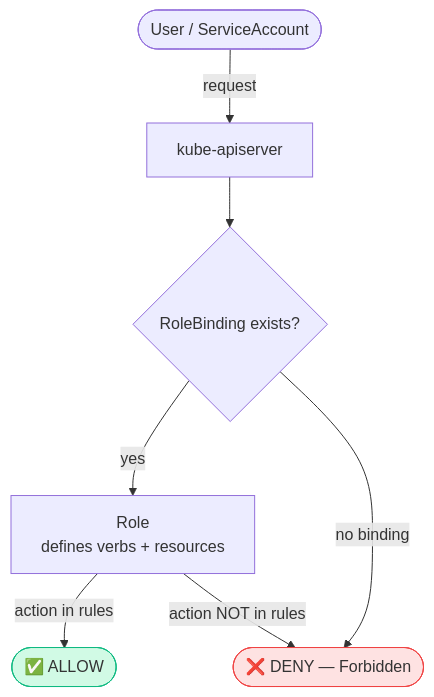
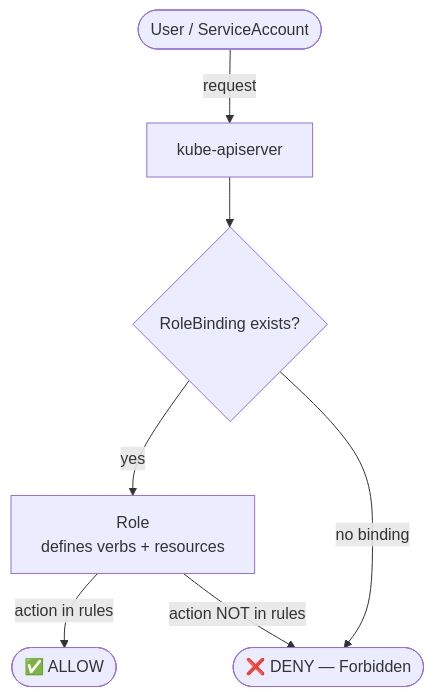
Before and after one commit to Gautam4424/k8slearn-content: the diagram in content/cka/09-security-rbac-tls-psa-networkpolicy/93-rbac-roles-rolebindings/93-rbac-roles-rolebindings.md, drawn with Mermaid. The commit also changed 40 other files, not shown here.

Commit message:
chore: fix mermaid style regex

````diff
--- a/content/cka/09-security-rbac-tls-psa-networkpolicy/93-rbac-roles-rolebindings/93-rbac-roles-rolebindings.md
+++ b/content/cka/09-security-rbac-tls-psa-networkpolicy/93-rbac-roles-rolebindings/93-rbac-roles-rolebindings.md
@@ -19,16 +19,14 @@
 ```mermaid
 flowchart TD
     USER(["User / ServiceAccount"])
     API["kube-apiserver"]
     RB{"RoleBinding exists?"}
     ROLE["Role\ndefines verbs + resources"]
     ALLOW([" ✅ ALLOW"])
     DENY([" ❌ DENY — Forbidden"])
     USER -->|request| API --> RB
     RB -->|yes| ROLE
     ROLE -->|action in rules| ALLOW
     ROLE -->|action NOT in rules| DENY
     RB -->|no binding| DENY
-    style ALLOW fill:#d1fae5,stroke:#10b981
-    style DENY fill:#fee2e2,stroke:#ef4444
 ```
````
